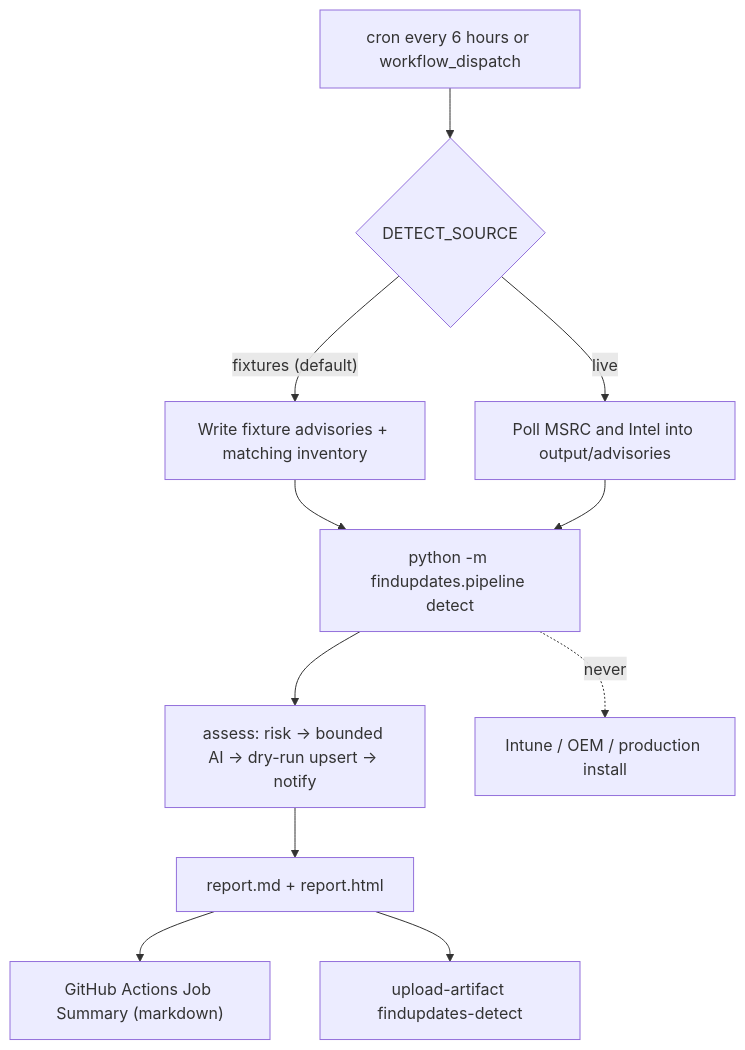
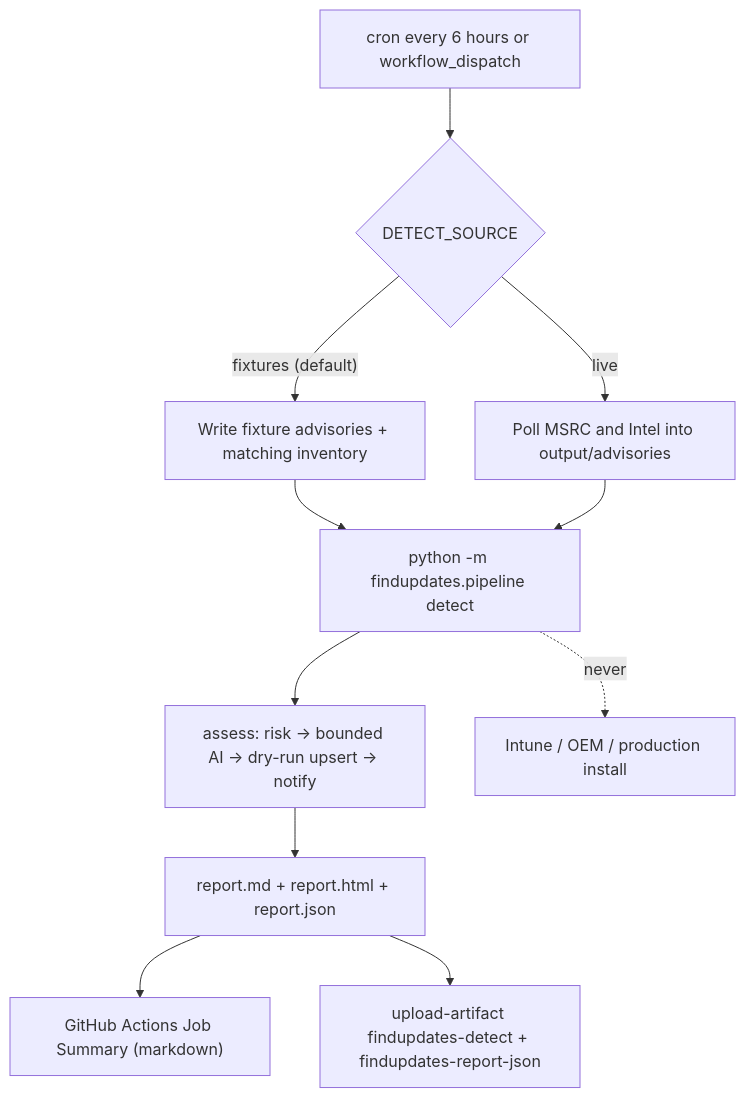
One commit to defrances/FindUpdates changed the third of 3 diagrams in README.md. Above: the diagram before and after it, drawn with Mermaid. The commit also changed other lines of this file and 7 other files, not shown here.

Commit message:
Upload listed station report JSON as a separate detect artifact for #87.

````diff
--- a/README.md
+++ b/README.md
@@ -118,13 +118,13 @@
 ```mermaid
 flowchart TD
   Trigger["cron every 6 hours or workflow_dispatch"] --> Source{"DETECT_SOURCE"}
   Source -->|"fixtures (default)"| Fix["Write fixture advisories + matching inventory"]
   Source -->|"live"| Poll["Poll MSRC and Intel into output/advisories"]
   Fix --> Detect["python -m findupdates.pipeline detect"]
   Poll --> Detect
   Detect --> Assess["assess: risk → bounded AI → dry-run upsert → notify"]
-  Assess --> Report["report.md + report.html"]
+  Assess --> Report["report.md + report.html + report.json"]
   Report --> Summary["GitHub Actions Job Summary (markdown)"]
-  Report --> Artifacts["upload-artifact findupdates-detect"]
+  Report --> Artifacts["upload-artifact findupdates-detect + findupdates-report-json"]
   Detect -.->|"never"| NoDeploy["Intune / OEM / production install"]
 ```
````
